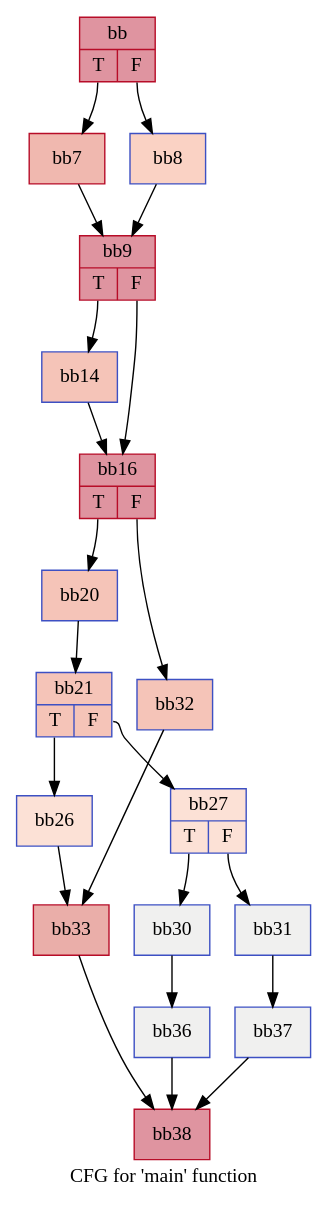
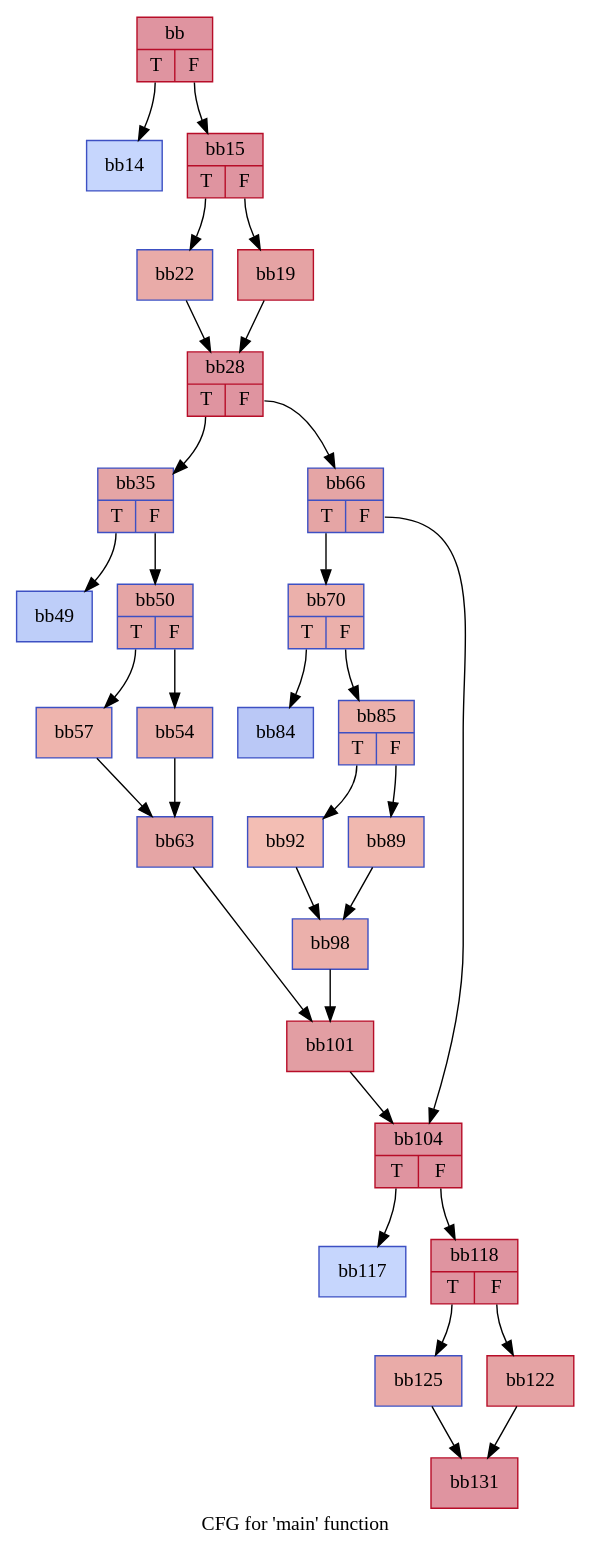
The diagram in examples/test2/iblocks2.dot (HPSSA-LLVM/HPSSA-LLVM), drawn with Graphviz before and after one commit. The commit also changed 38 other files, not shown here.

```diff
--- a/examples/test2/iblocks2.dot
+++ b/examples/test2/iblocks2.dot
@@ -1,42 +1,61 @@
 digraph "CFG for 'main' function" {
 	label="CFG for 'main' function";
 
-	Node0x62a3d70 [shape=record,color="#b70d28ff", style=filled, fillcolor="#b70d2870",label="{bb|{<s0>T|<s1>F}}"];
-	Node0x62a3d70:s0 -> Node0x62a4740;
-	Node0x62a3d70:s1 -> Node0x62a4810;
-	Node0x62a4740 [shape=record,color="#b70d28ff", style=filled, fillcolor="#dc5d4a70",label="{bb7}"];
-	Node0x62a4740 -> Node0x62a4a50;
-	Node0x62a4810 [shape=record,color="#3d50c3ff", style=filled, fillcolor="#f4987a70",label="{bb8}"];
-	Node0x62a4810 -> Node0x62a4a50;
-	Node0x62a4a50 [shape=record,color="#b70d28ff", style=filled, fillcolor="#b70d2870",label="{bb9|{<s0>T|<s1>F}}"];
-	Node0x62a4a50:s0 -> Node0x62a5080;
-	Node0x62a4a50:s1 -> Node0x62a50f0;
-	Node0x62a5080 [shape=record,color="#3d50c3ff", style=filled, fillcolor="#e97a5f70",label="{bb14}"];
-	Node0x62a5080 -> Node0x62a50f0;
-	Node0x62a50f0 [shape=record,color="#b70d28ff", style=filled, fillcolor="#b70d2870",label="{bb16|{<s0>T|<s1>F}}"];
-	Node0x62a50f0:s0 -> Node0x62a56c0;
-	Node0x62a50f0:s1 -> Node0x62a5730;
-	Node0x62a56c0 [shape=record,color="#3d50c3ff", style=filled, fillcolor="#e97a5f70",label="{bb20}"];
-	Node0x62a56c0 -> Node0x62a5850;
-	Node0x62a5850 [shape=record,color="#3d50c3ff", style=filled, fillcolor="#e97a5f70",label="{bb21|{<s0>T|<s1>F}}"];
-	Node0x62a5850:s0 -> Node0x62a5fd0;
-	Node0x62a5850:s1 -> Node0x62a6040;
-	Node0x62a5fd0 [shape=record,color="#3d50c3ff", style=filled, fillcolor="#f7bca170",label="{bb26}"];
-	Node0x62a5fd0 -> Node0x62a61c0;
-	Node0x62a6040 [shape=record,color="#3d50c3ff", style=filled, fillcolor="#f7bca170",label="{bb27|{<s0>T|<s1>F}}"];
-	Node0x62a6040:s0 -> Node0x62a6410;
-	Node0x62a6040:s1 -> Node0x62a6480;
-	Node0x62a6410 [shape=record,color="#3d50c3ff", style=filled, fillcolor="#dedcdb70",label="{bb30}"];
-	Node0x62a6410 -> Node0x62a6600;
-	Node0x62a6480 [shape=record,color="#3d50c3ff", style=filled, fillcolor="#dedcdb70",label="{bb31}"];
-	Node0x62a6480 -> Node0x62a66e0;
-	Node0x62a5730 [shape=record,color="#3d50c3ff", style=filled, fillcolor="#e97a5f70",label="{bb32}"];
-	Node0x62a5730 -> Node0x62a61c0;
-	Node0x62a61c0 [shape=record,color="#b70d28ff", style=filled, fillcolor="#d0473d70",label="{bb33}"];
-	Node0x62a61c0 -> Node0x62a6a40;
-	Node0x62a6600 [shape=record,color="#3d50c3ff", style=filled, fillcolor="#dedcdb70",label="{bb36}"];
-	Node0x62a6600 -> Node0x62a6a40;
-	Node0x62a66e0 [shape=record,color="#3d50c3ff", style=filled, fillcolor="#dedcdb70",label="{bb37}"];
-	Node0x62a66e0 -> Node0x62a6a40;
-	Node0x62a6a40 [shape=record,color="#b70d28ff", style=filled, fillcolor="#b70d2870",label="{bb38}"];
+	Node0x6766190 [shape=record,color="#b70d28ff", style=filled, fillcolor="#b70d2870",label="{bb|{<s0>T|<s1>F}}"];
+	Node0x6766190:s0 -> Node0x67682f0;
+	Node0x6766190:s1 -> Node0x67683c0;
+	Node0x67682f0 [shape=record,color="#3d50c3ff", style=filled, fillcolor="#7ea1fa70",label="{bb14}"];
+	Node0x67683c0 [shape=record,color="#b70d28ff", style=filled, fillcolor="#b70d2870",label="{bb15|{<s0>T|<s1>F}}"];
+	Node0x67683c0:s0 -> Node0x6768b30;
+	Node0x67683c0:s1 -> Node0x6768ba0;
+	Node0x6768ba0 [shape=record,color="#b70d28ff", style=filled, fillcolor="#c32e3170",label="{bb19}"];
+	Node0x6768ba0 -> Node0x6768f50;
+	Node0x6768b30 [shape=record,color="#3d50c3ff", style=filled, fillcolor="#cc403a70",label="{bb22}"];
+	Node0x6768b30 -> Node0x6768f50;
+	Node0x6768f50 [shape=record,color="#b70d28ff", style=filled, fillcolor="#b70d2870",label="{bb28|{<s0>T|<s1>F}}"];
+	Node0x6768f50:s0 -> Node0x676a920;
+	Node0x6768f50:s1 -> Node0x676a9f0;
+	Node0x676a920 [shape=record,color="#3d50c3ff", style=filled, fillcolor="#c5333470",label="{bb35|{<s0>T|<s1>F}}"];
+	Node0x676a920:s0 -> Node0x676c8f0;
+	Node0x676a920:s1 -> Node0x676c960;
+	Node0x676c8f0 [shape=record,color="#3d50c3ff", style=filled, fillcolor="#6c8ff170",label="{bb49}"];
+	Node0x676c960 [shape=record,color="#3d50c3ff", style=filled, fillcolor="#c5333470",label="{bb50|{<s0>T|<s1>F}}"];
+	Node0x676c960:s0 -> Node0x676d4b0;
+	Node0x676c960:s1 -> Node0x676d520;
+	Node0x676d520 [shape=record,color="#3d50c3ff", style=filled, fillcolor="#d0473d70",label="{bb54}"];
+	Node0x676d520 -> Node0x676dd00;
+	Node0x676d4b0 [shape=record,color="#3d50c3ff", style=filled, fillcolor="#d8564670",label="{bb57}"];
+	Node0x676d4b0 -> Node0x676dd00;
+	Node0x676dd00 [shape=record,color="#3d50c3ff", style=filled, fillcolor="#c5333470",label="{bb63}"];
+	Node0x676dd00 -> Node0x676e4a0;
+	Node0x676a9f0 [shape=record,color="#3d50c3ff", style=filled, fillcolor="#c5333470",label="{bb66|{<s0>T|<s1>F}}"];
+	Node0x676a9f0:s0 -> Node0x676e7d0;
+	Node0x676a9f0:s1 -> Node0x676e840;
+	Node0x676e7d0 [shape=record,color="#3d50c3ff", style=filled, fillcolor="#d24b4070",label="{bb70|{<s0>T|<s1>F}}"];
+	Node0x676e7d0:s0 -> Node0x676f300;
+	Node0x676e7d0:s1 -> Node0x676adf0;
+	Node0x676f300 [shape=record,color="#3d50c3ff", style=filled, fillcolor="#6282ea70",label="{bb84}"];
+	Node0x676adf0 [shape=record,color="#3d50c3ff", style=filled, fillcolor="#d24b4070",label="{bb85|{<s0>T|<s1>F}}"];
+	Node0x676adf0:s0 -> Node0x676b300;
+	Node0x676adf0:s1 -> Node0x676b370;
+	Node0x676b370 [shape=record,color="#3d50c3ff", style=filled, fillcolor="#dc5d4a70",label="{bb89}"];
+	Node0x676b370 -> Node0x676b540;
+	Node0x676b300 [shape=record,color="#3d50c3ff", style=filled, fillcolor="#e36c5570",label="{bb92}"];
+	Node0x676b300 -> Node0x676b540;
+	Node0x676b540 [shape=record,color="#3d50c3ff", style=filled, fillcolor="#d24b4070",label="{bb98}"];
+	Node0x676b540 -> Node0x676e4a0;
+	Node0x676e4a0 [shape=record,color="#b70d28ff", style=filled, fillcolor="#be242e70",label="{bb101}"];
+	Node0x676e4a0 -> Node0x676e840;
+	Node0x676e840 [shape=record,color="#b70d28ff", style=filled, fillcolor="#b70d2870",label="{bb104|{<s0>T|<s1>F}}"];
+	Node0x676e840:s0 -> Node0x6771ab0;
+	Node0x676e840:s1 -> Node0x6771b20;
+	Node0x6771ab0 [shape=record,color="#3d50c3ff", style=filled, fillcolor="#7ea1fa70",label="{bb117}"];
+	Node0x6771b20 [shape=record,color="#b70d28ff", style=filled, fillcolor="#b70d2870",label="{bb118|{<s0>T|<s1>F}}"];
+	Node0x6771b20:s0 -> Node0x6771fa0;
+	Node0x6771b20:s1 -> Node0x6772010;
+	Node0x6772010 [shape=record,color="#b70d28ff", style=filled, fillcolor="#c32e3170",label="{bb122}"];
+	Node0x6772010 -> Node0x67721e0;
+	Node0x6771fa0 [shape=record,color="#3d50c3ff", style=filled, fillcolor="#cc403a70",label="{bb125}"];
+	Node0x6771fa0 -> Node0x67721e0;
+	Node0x67721e0 [shape=record,color="#b70d28ff", style=filled, fillcolor="#b70d2870",label="{bb131}"];
 }
```
